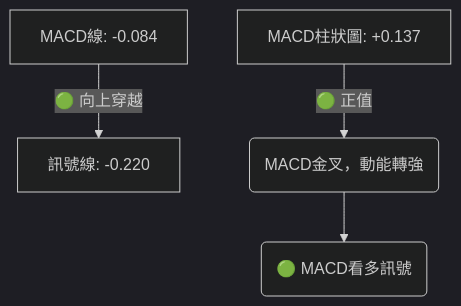
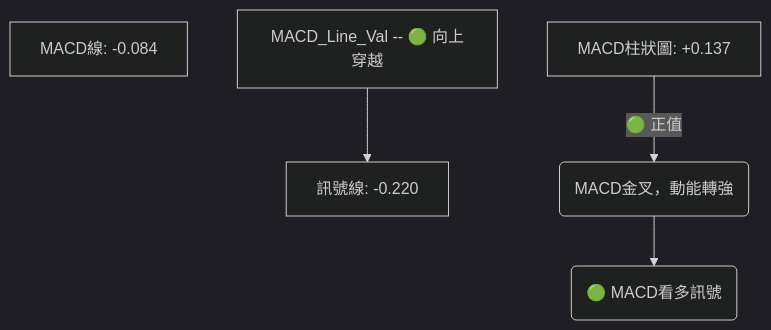
Before and after one commit to yennanliu/finance_data: the seventh of 9 diagrams in ai_gen_report/stock/nu/technical_analysis_2026-06-28_gemini.md, drawn with Mermaid (dark theme). The commit also changed other lines of this file and 2258 other files, not shown here.

First line of the commit message:
chore: backfill Mermaid syntax repair across existing reports

````diff
--- a/ai_gen_report/stock/nu/technical_analysis_2026-06-28_gemini.md
+++ b/ai_gen_report/stock/nu/technical_analysis_2026-06-28_gemini.md
@@ -502,11 +502,11 @@
 ```mermaid
 graph TD
     MACD_Line_Val["MACD線: -0.084"]
     Signal_Line_Val["訊號線: -0.220"]
     Hist_Val["MACD柱狀圖: +0.137"]
 
-    MACD_Line_Val -- 🟢 向上穿越 --> Signal_Line_Val
-    Hist_Val -- 🟢 正值 --> MACD_Crossover_Bullish(MACD金叉，動能轉強)
+    nb1["MACD_Line_Val -- 🟢 向上穿越"] --> Signal_Line_Val
+    Hist_Val -- 🟢 正值 --> MACD_Crossover_Bullish("MACD金叉，動能轉強")
 
-    MACD_Crossover_Bullish --> Overall_MACD_Signal(🟢 MACD看多訊號)
+    MACD_Crossover_Bullish --> Overall_MACD_Signal("🟢 MACD看多訊號")
 ```
````
